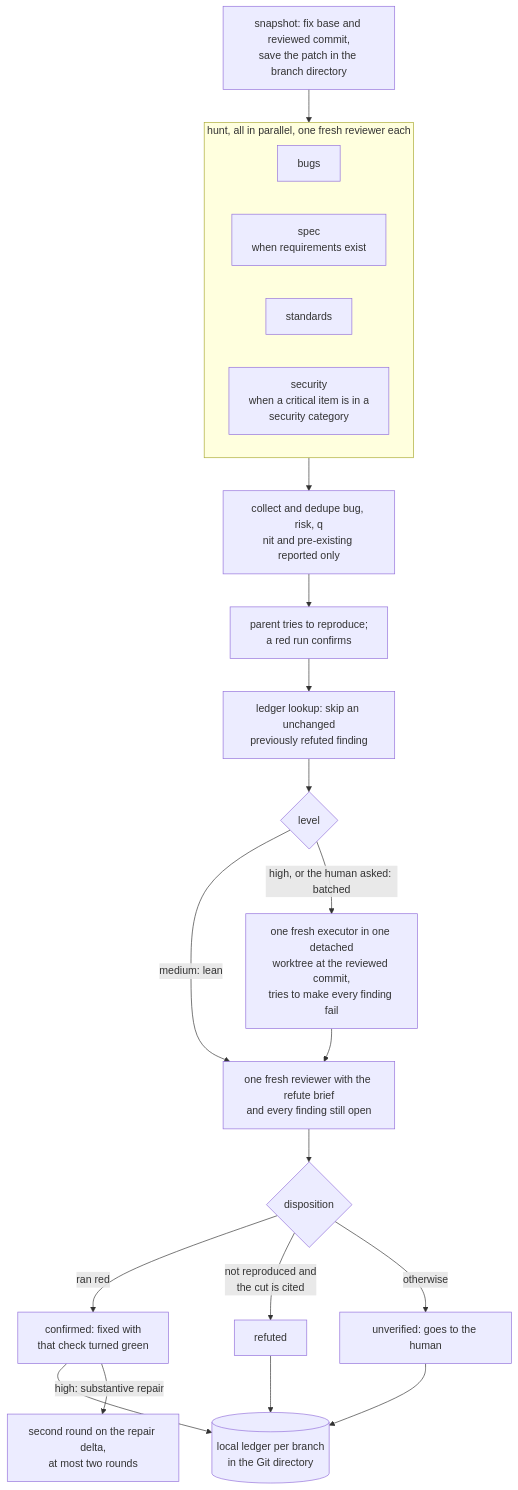
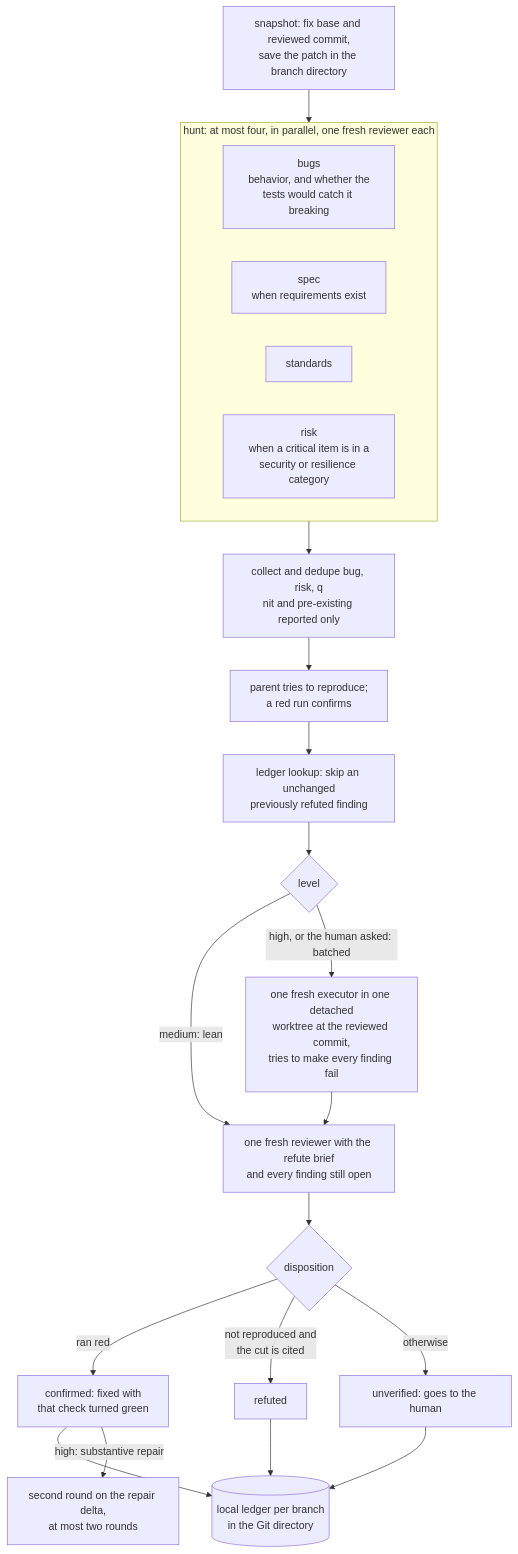
The third of 3 diagrams in docs/subagents.md (jvillegasd/harness), drawn with Mermaid before and after one commit. The commit also changed other lines of this file and 6 other files, not shown here.

First line of the commit message:
refactor(review): cap hunters at four with risk and reliability axes

````diff
--- a/docs/subagents.md
+++ b/docs/subagents.md
@@ -79,27 +79,27 @@
 ```mermaid
 flowchart TD
     snap["snapshot: fix base and reviewed commit,<br>save the patch in the branch directory"] --> hunt
 
-    subgraph hunt["hunt, all in parallel, one fresh reviewer each"]
-        bugs["bugs"]
+    subgraph hunt["hunt: at most four, in parallel, one fresh reviewer each"]
+        bugs["bugs<br>behavior, and whether the<br>tests would catch it breaking"]
         spec["spec<br>when requirements exist"]
         standards["standards"]
-        security["security<br>when a critical item is in a<br>security category"]
+        risk["risk<br>when a critical item is in a<br>security or resilience category"]
     end
 
     hunt --> collect["collect and dedupe bug, risk, q<br>nit and pre-existing reported only"]
     collect --> self["parent tries to reproduce;<br>a red run confirms"]
     self --> lookup["ledger lookup: skip an unchanged<br>previously refuted finding"]
     lookup --> mode{"level"}
     mode -->|"medium: lean"| refute
     mode -->|"high, or the human asked: batched"| verifier["one fresh executor in one detached<br>worktree at the reviewed commit,<br>tries to make every finding fail"]
     verifier --> refute["one fresh reviewer with the refute brief<br>and every finding still open"]
     refute --> dispose{"disposition"}
     dispose -->|"ran red"| confirmed["confirmed: fixed with<br>that check turned green"]
     dispose -->|"not reproduced and<br>the cut is cited"| refuted["refuted"]
     dispose -->|otherwise| unverified["unverified: goes to the human"]
     confirmed --> ledger[("local ledger per branch<br>in the Git directory")]
     refuted --> ledger
     unverified --> ledger
     confirmed -->|"high: substantive repair"| round2["second round on the repair delta,<br>at most two rounds"]
 ```
````
